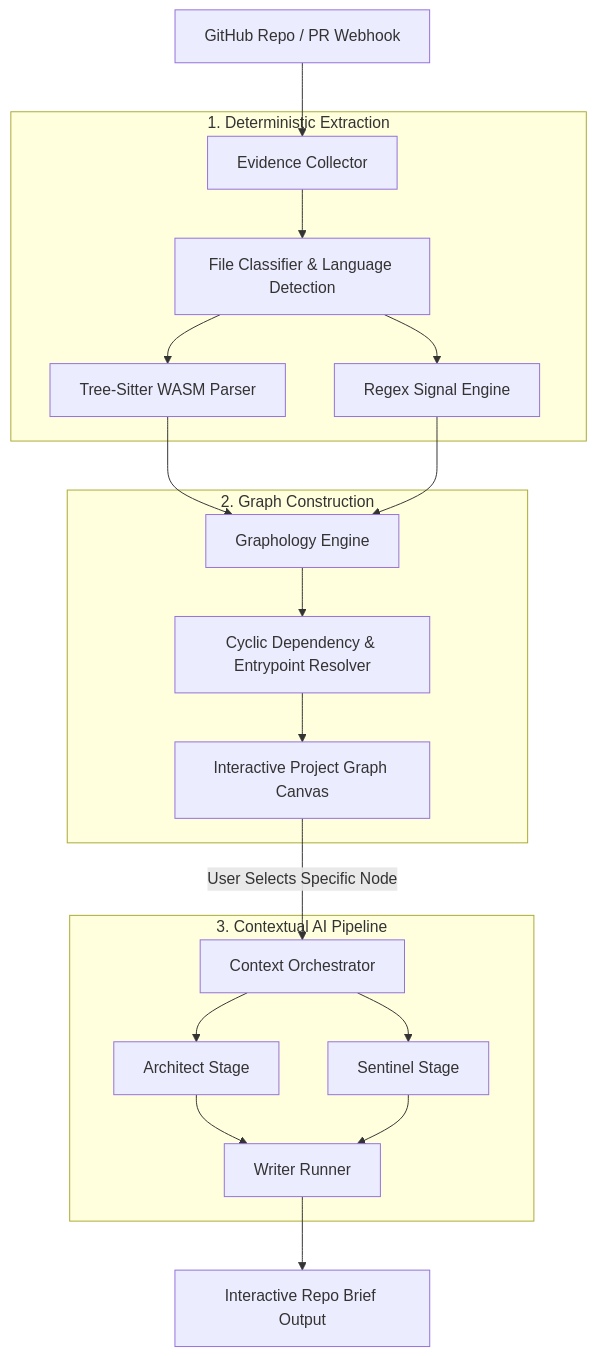
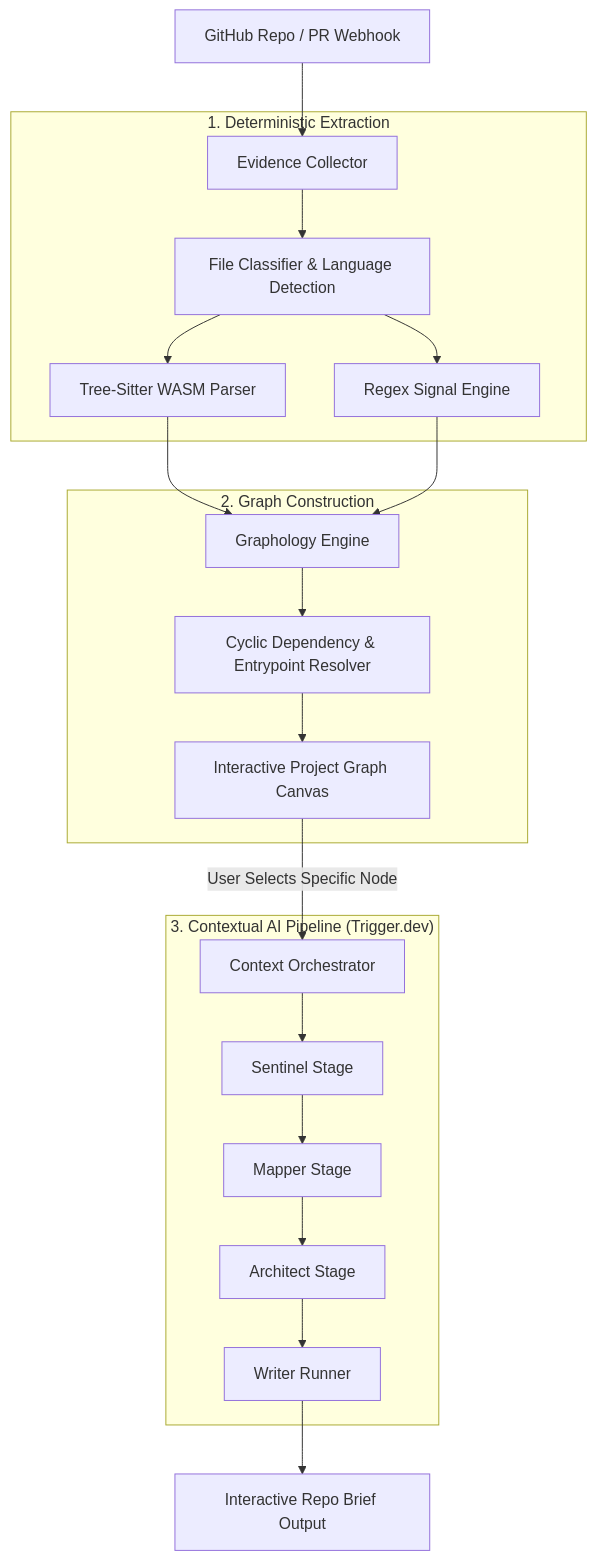
One commit to doxynix/doxynix changed the diagram in apps/web/README.md. Above: the diagram before and after it, drawn with Mermaid. The commit also changed other lines of this file and 57 other files, not shown here.

````diff
--- a/apps/web/README.md
+++ b/apps/web/README.md
@@ -41,26 +41,27 @@
 ```mermaid
 flowchart TD
     A[GitHub Repo / PR Webhook] --> B[Evidence Collector]
     
     subgraph Extraction [" 1. Deterministic Extraction "]
         B --> C[File Classifier & Language Detection]
         C --> D[Tree-Sitter WASM Parser]
         C --> E[Regex Signal Engine]
     end
     
     subgraph Topology [" 2. Graph Construction "]
         D --> F[Graphology Engine]
         E --> F
         F --> G[Cyclic Dependency & Entrypoint Resolver]
         G --> H[Interactive Project Graph Canvas]
     end
     
-    subgraph Reasoning [" 3. Contextual AI Pipeline "]
+    subgraph Reasoning [" 3. Contextual AI Pipeline (Trigger.dev) "]
         H -->|User Selects Specific Node| I[Context Orchestrator]
-        I --> J[Architect Stage]
-        I --> K[Sentinel Stage]
-        J & K --> L[Writer Runner]
+        I --> J[Sentinel Stage]
+        J --> K[Mapper Stage]
+        K --> L[Architect Stage]
+        L --> M[Writer Runner]
     end
     
-    L --> M[Interactive Repo Brief Output]
+    M --> N[Interactive Repo Brief Output]
 ```
````
